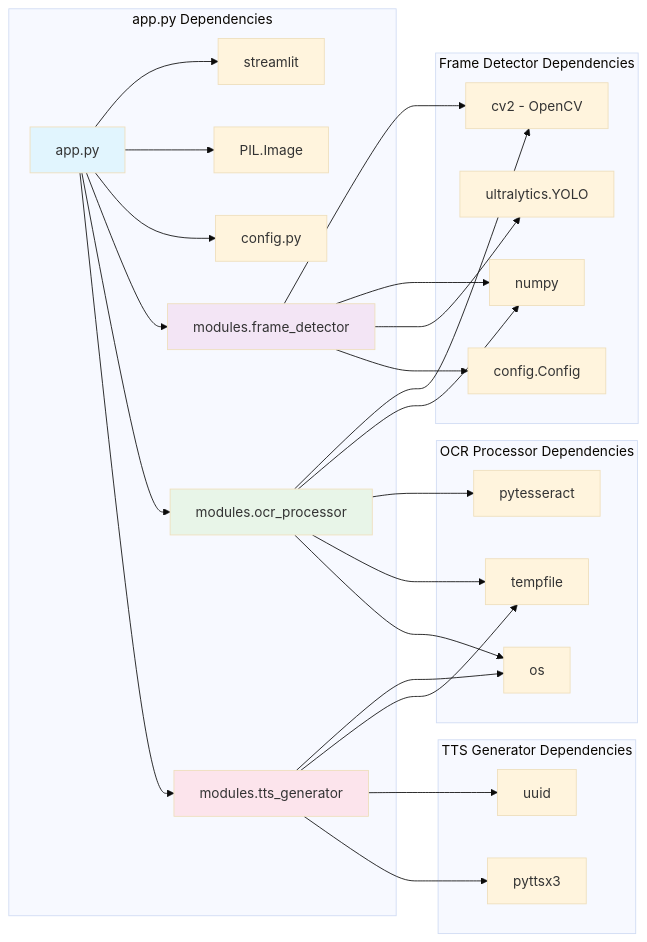
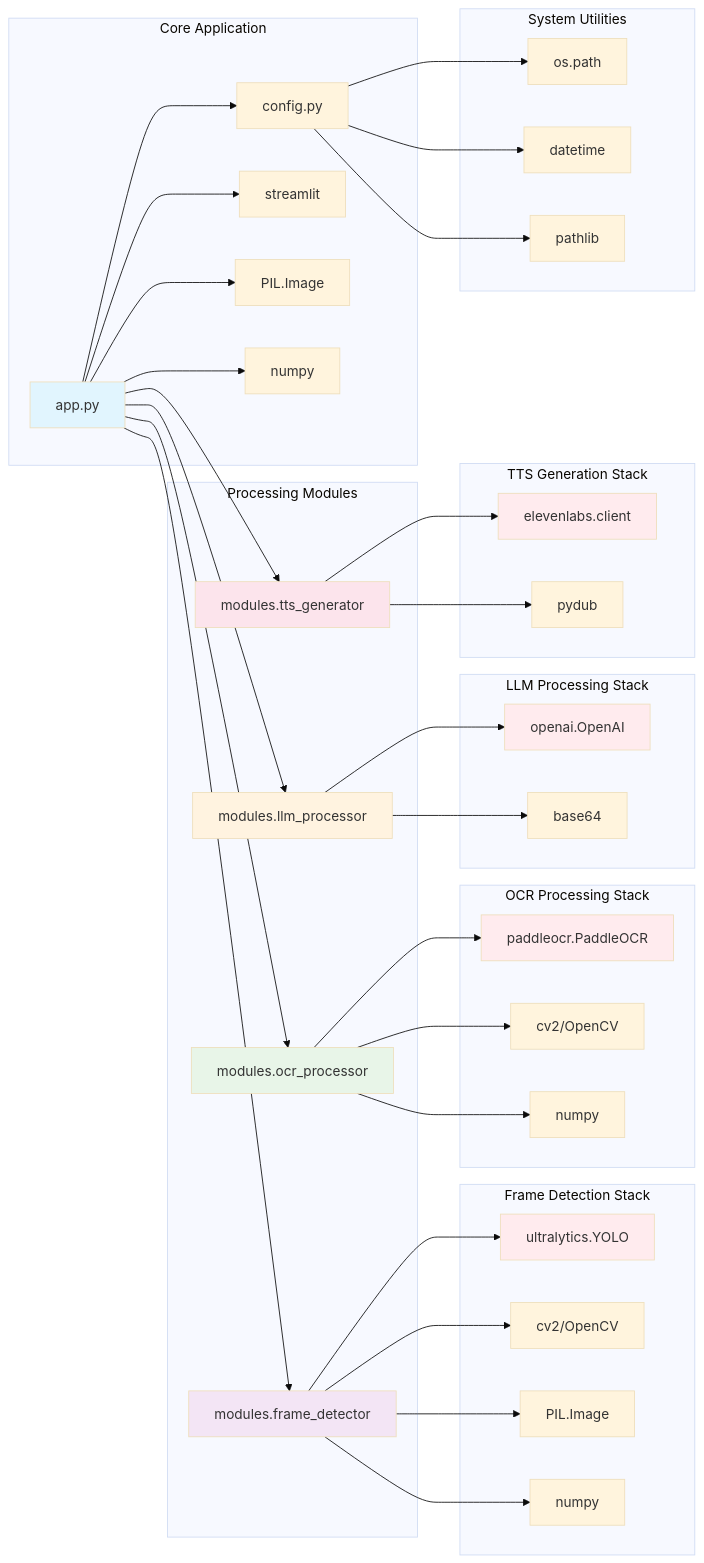
The fourth of 7 diagrams in architecture_diagram.md (iMrLopez/mangAI), drawn with Mermaid (base theme) before and after one commit. The commit also changed other lines of this file and 11 other files, not shown here.

````diff
--- a/architecture_diagram.md
+++ b/architecture_diagram.md
@@ -136,39 +159,55 @@
 ```mermaid
 graph LR
-    subgraph "app.py Dependencies"
-        APP[app.py]
+    subgraph "Core Application"
+        APP[app.py] --> CONFIG[config.py]
         APP --> ST[streamlit]
         APP --> PIL[PIL.Image]
-        APP --> CONFIG2[config.py]
-        APP --> FD2[modules.frame_detector]
-        APP --> OCR2[modules.ocr_processor]
-        APP --> TTS2[modules.tts_generator]
+        APP --> NP[numpy]
     end
     
-    subgraph "Frame Detector Dependencies"
-        FD2 --> CV2[cv2 - OpenCV]
-        FD2 --> NP[numpy]
-        FD2 --> YOLO2[ultralytics.YOLO]
-        FD2 --> CONFIG3[config.Config]
+    subgraph "Processing Modules"
+        APP --> FD[modules.frame_detector]
+        APP --> OCR[modules.ocr_processor]
+        APP --> LLM[modules.llm_processor]
+        APP --> TTS[modules.tts_generator]
     end
     
-    subgraph "OCR Processor Dependencies"
-        OCR2 --> CV2
-        OCR2 --> NP
-        OCR2 --> PYTESS[pytesseract]
-        OCR2 --> TEMP[tempfile]
-        OCR2 --> OS[os]
+    subgraph "Frame Detection Stack"
+        FD --> YOLO[ultralytics.YOLO]
+        FD --> CV2[cv2/OpenCV]
+        FD --> PIL2[PIL.Image]
+        FD --> NP2[numpy]
     end
     
-    subgraph "TTS Generator Dependencies"
-        TTS2 --> OS
-        TTS2 --> TEMP
-        TTS2 --> UUID[uuid]
-        TTS2 --> PYTTSX[pyttsx3]
+    subgraph "OCR Processing Stack"
+        OCR --> PADDLE[paddleocr.PaddleOCR]
+        OCR --> CV2B[cv2/OpenCV]
+        OCR --> NP3[numpy]
+    end
+    
+    subgraph "LLM Processing Stack"
+        LLM --> OPENAI[openai.OpenAI]
+        LLM --> BASE64[base64]
+    end
+    
+    subgraph "TTS Generation Stack"
+        TTS --> ELEVEN[elevenlabs.client]
+        TTS --> PYDUB[pydub]
+    end
+    
+    subgraph "System Utilities"
+        CONFIG --> OS[os.path]
+        CONFIG --> DATETIME[datetime]
+        CONFIG --> PATHLIB[pathlib]
     end
     
     style APP fill:#e1f5fe
-    style FD2 fill:#f3e5f5
-    style OCR2 fill:#e8f5e8
-    style TTS2 fill:#fce4ec
+    style FD fill:#f3e5f5
+    style OCR fill:#e8f5e8
+    style LLM fill:#fff3e0
+    style TTS fill:#fce4ec
+    style YOLO fill:#ffebee
+    style PADDLE fill:#ffebee
+    style OPENAI fill:#ffebee
+    style ELEVEN fill:#ffebee
 ```
````
